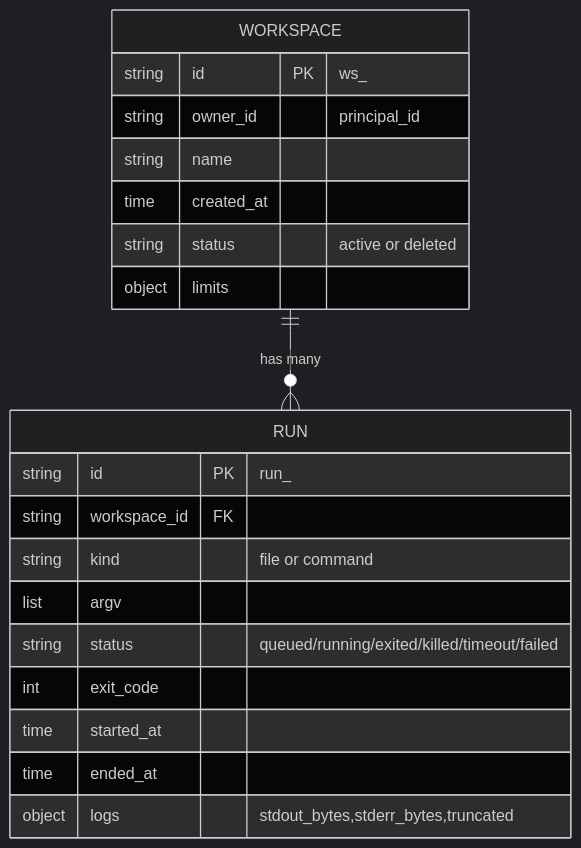
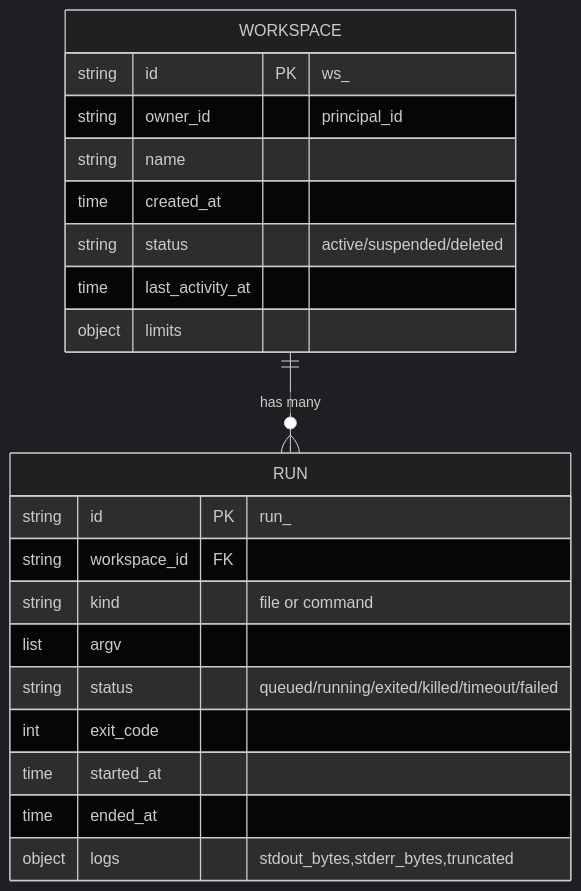
Before and after one commit to M3-mo2/cloud-service: diagram 11 of 14 in docs/ARCHITECTURE.md, drawn with Mermaid (dark theme). The commit also changed other lines of this file and 25 other files, not shown here.

````diff
--- a/docs/ARCHITECTURE.md
+++ b/docs/ARCHITECTURE.md
@@ -436,23 +436,24 @@
 ```mermaid
 erDiagram
     WORKSPACE ||--o{ RUN : "has many"
     WORKSPACE {
         string id PK "ws_<ULID>"
         string owner_id "principal_id"
         string name
         time created_at
-        string status "active or deleted"
+        string status "active/suspended/deleted"
+        time last_activity_at
         object limits
     }
     RUN {
         string id PK "run_<ULID>"
         string workspace_id FK
         string kind "file or command"
         list argv
         string status "queued/running/exited/killed/timeout/failed"
         int exit_code
         time started_at
         time ended_at
         object logs "stdout_bytes,stderr_bytes,truncated"
     }
 ```
````
